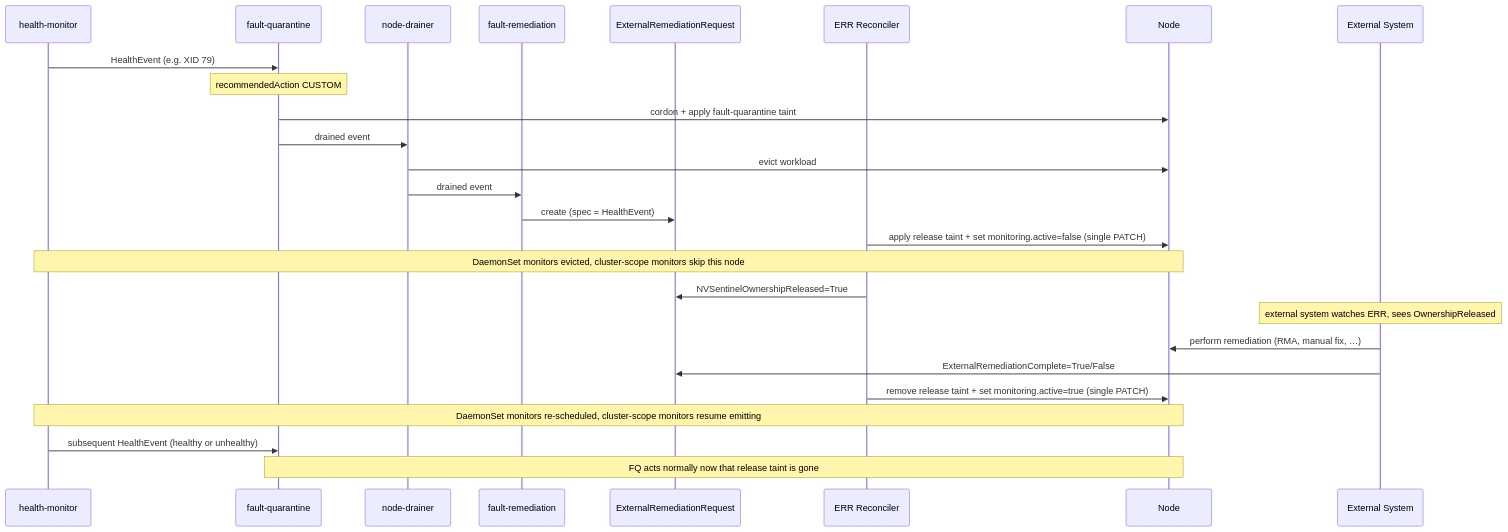
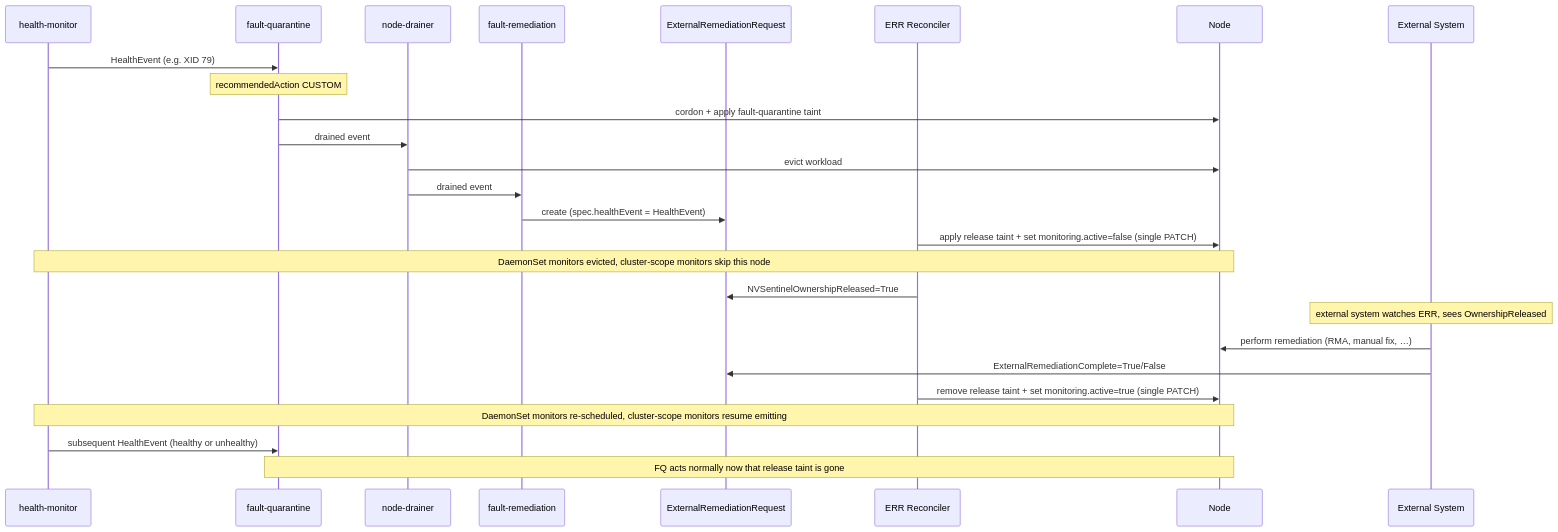
Before and after one commit to NVIDIA/NVSentinel: the diagram in docs/designs/040-external-remediation-request.md, drawn with Mermaid. The commit also changed other lines of this file, not shown here.

````diff
--- a/docs/designs/040-external-remediation-request.md
+++ b/docs/designs/040-external-remediation-request.md
@@ -335,29 +337,29 @@
 ```mermaid
 sequenceDiagram
     participant HM as health-monitor
     participant FQ as fault-quarantine
     participant ND as node-drainer
     participant FR as fault-remediation
     participant ERR as ExternalRemediationRequest
     participant RC as ERR Reconciler
     participant N as Node
     participant EXT as External System
 
     HM->>FQ: HealthEvent (e.g. XID 79)
     Note over FQ: recommendedAction CUSTOM
     FQ->>N: cordon + apply fault-quarantine taint
     FQ->>ND: drained event
     ND->>N: evict workload
     ND->>FR: drained event
-    FR->>ERR: create (spec = HealthEvent)
+    FR->>ERR: create (spec.healthEvent = HealthEvent)
     RC->>N: apply release taint + set monitoring.active=false (single PATCH)
     Note over HM,N: DaemonSet monitors evicted, cluster-scope monitors skip this node
     RC->>ERR: NVSentinelOwnershipReleased=True
     Note over EXT: external system watches ERR, sees OwnershipReleased
     EXT->>N: perform remediation (RMA, manual fix, …)
     EXT->>ERR: ExternalRemediationComplete=True/False
     RC->>N: remove release taint + set monitoring.active=true (single PATCH)
     Note over HM,N: DaemonSet monitors re-scheduled, cluster-scope monitors resume emitting
     HM->>FQ: subsequent HealthEvent (healthy or unhealthy)
     Note over FQ,N: FQ acts normally now that release taint is gone
 ```
````
